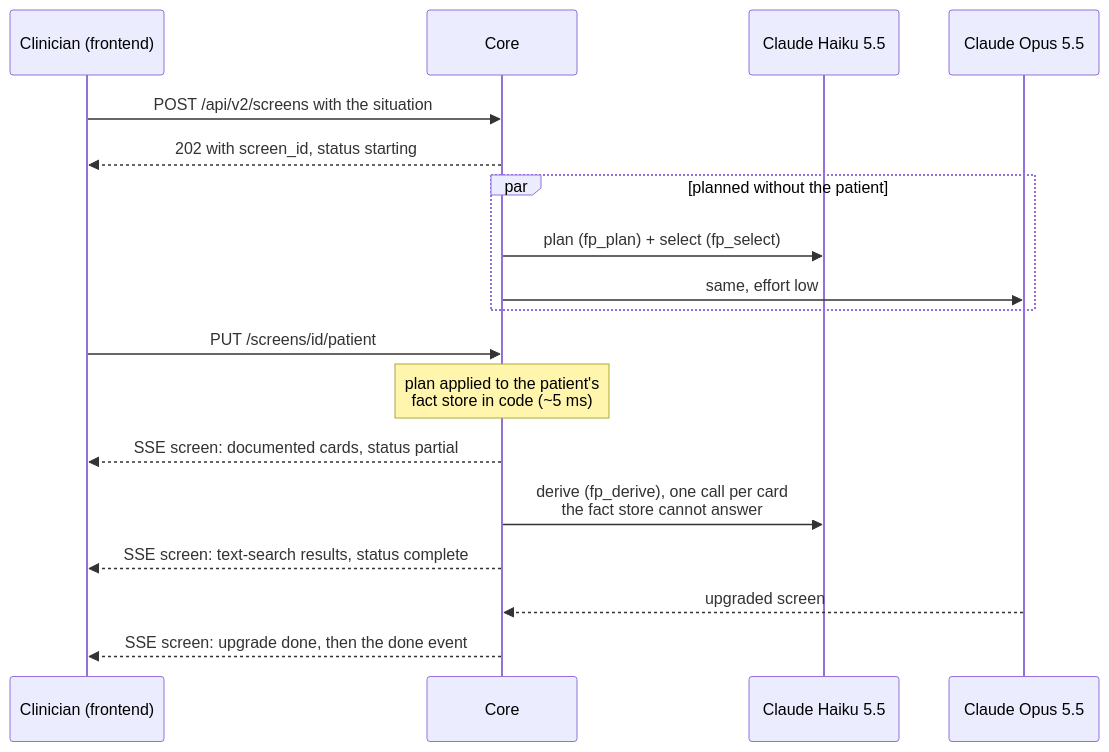
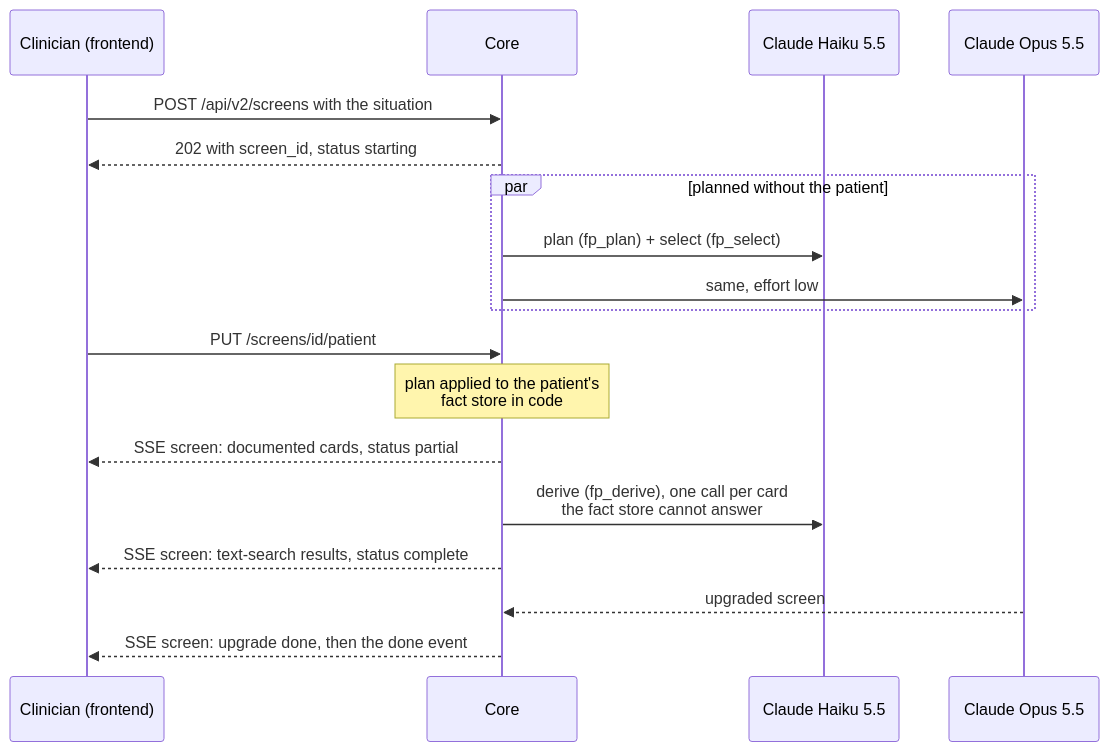
The second of 2 diagrams in docs/architecture.md (dlaxar/AIMfocus), drawn with Mermaid before and after one commit. The commit also changed other lines of this file and 5 other files, not shown here.

````diff
--- a/docs/architecture.md
+++ b/docs/architecture.md
@@ -71,20 +71,20 @@
 ```mermaid
 sequenceDiagram
     participant C as Clinician (frontend)
     participant API as Core
     participant H as Claude Haiku 5.5
     participant O as Claude Opus 5.5
     C->>API: POST /api/v2/screens with the situation
     API-->>C: 202 with screen_id, status starting
     par planned without the patient
         API->>H: plan (fp_plan) + select (fp_select)
         API->>O: same, effort low
     end
     C->>API: PUT /screens/id/patient
-    Note over API: plan applied to the patient's<br/>fact store in code (~5 ms)
+    Note over API: plan applied to the patient's<br/>fact store in code
     API-->>C: SSE screen: documented cards, status partial
     API->>H: derive (fp_derive), one call per card<br/>the fact store cannot answer
     API-->>C: SSE screen: text-search results, status complete
     O-->>API: upgraded screen
     API-->>C: SSE screen: upgrade done, then the done event
 ```
````
